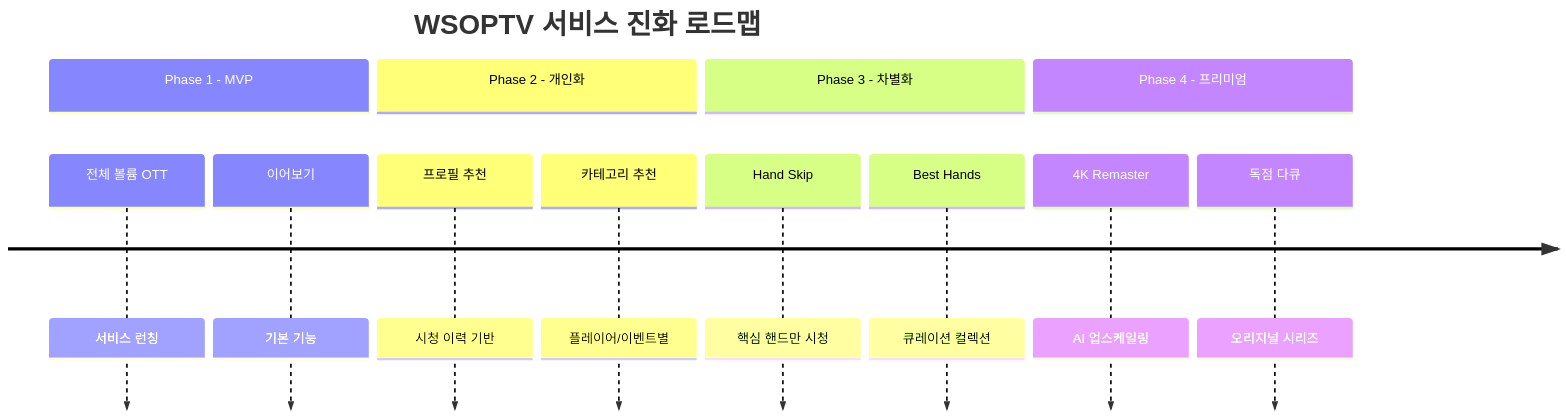
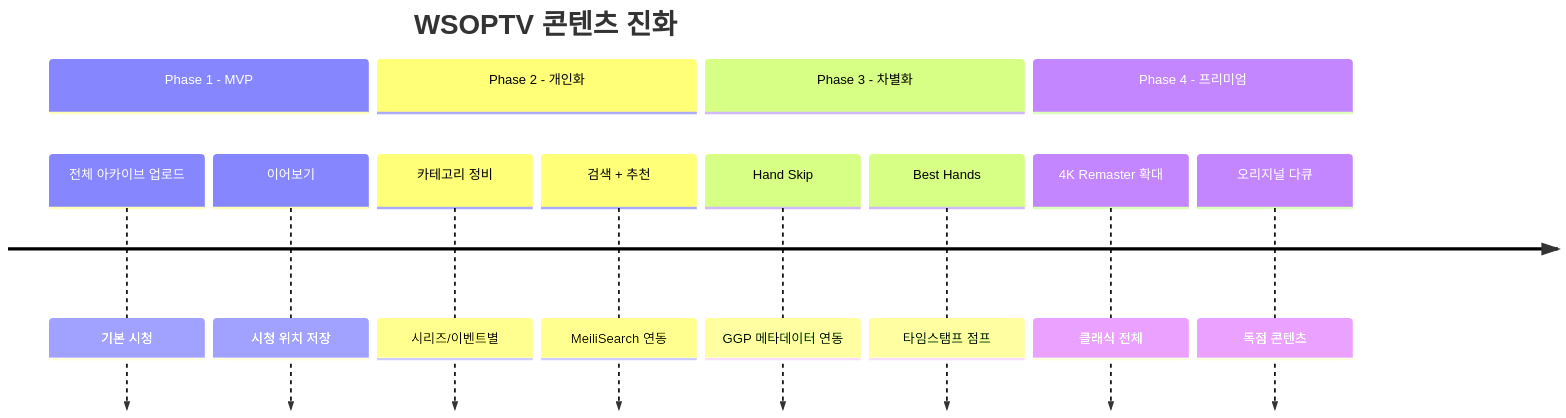
Before and after one commit to garimto81/wsoptv_v2: the eighth of 9 diagrams in tasks/prds/0010-prd-wsoptv/03-content-strategy.md, drawn with Mermaid. The commit also changed other lines of this file and 27 other files, not shown here.

````diff
--- a/tasks/prds/0010-prd-wsoptv/03-content-strategy.md
+++ b/tasks/prds/0010-prd-wsoptv/03-content-strategy.md
@@ -363,16 +306,16 @@
 ```mermaid
 timeline
-    title WSOPTV 서비스 진화 로드맵
+    title WSOPTV 콘텐츠 진화
     section Phase 1 - MVP
-        전체 볼륨 OTT : 서비스 런칭
-        이어보기 : 기본 기능
+        전체 아카이브 업로드 : 기본 시청
+        이어보기 : 시청 위치 저장
     section Phase 2 - 개인화
-        프로필 추천 : 시청 이력 기반
-        카테고리 추천 : 플레이어/이벤트별
+        카테고리 정비 : 시리즈/이벤트별
+        검색 + 추천 : MeiliSearch 연동
     section Phase 3 - 차별화
-        Hand Skip : 핵심 핸드만 시청
-        Best Hands : 큐레이션 컬렉션
+        Hand Skip : GGP 메타데이터 연동
+        Best Hands : 타임스탬프 점프
     section Phase 4 - 프리미엄
-        4K Remaster : AI 업스케일링
-        독점 다큐 : 오리지널 시리즈
+        4K Remaster 확대 : 클래식 전체
+        오리지널 다큐 : 독점 콘텐츠
 ```
````
